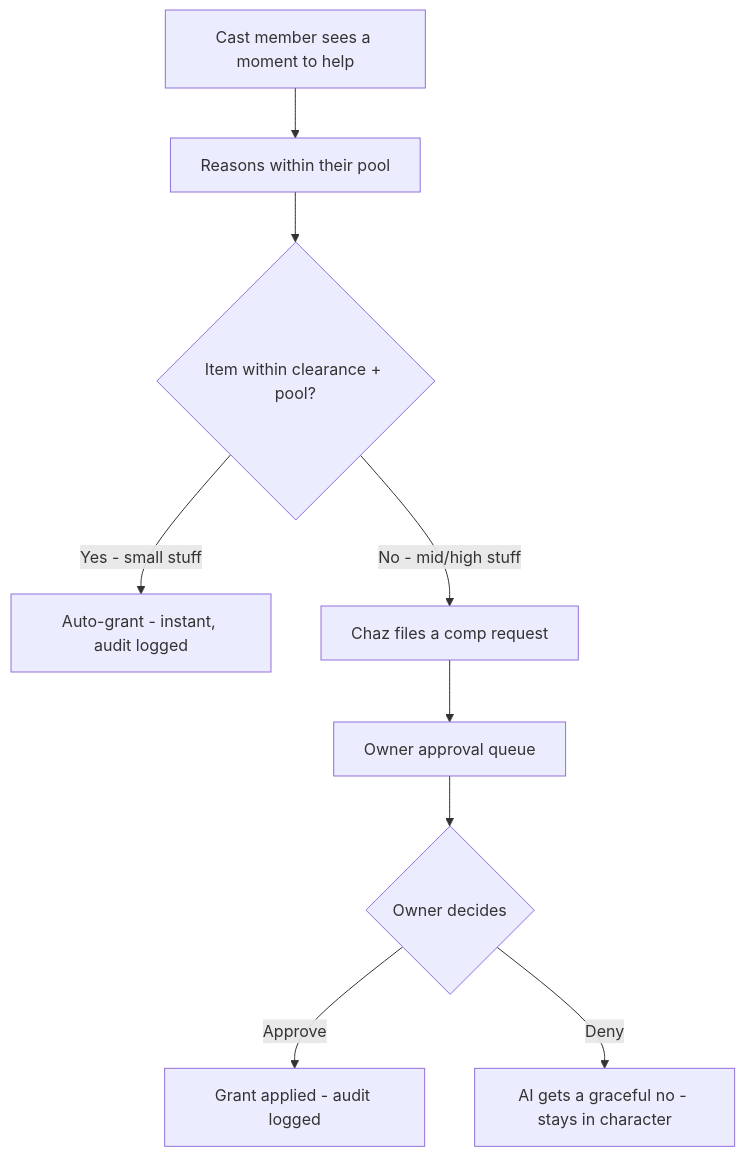
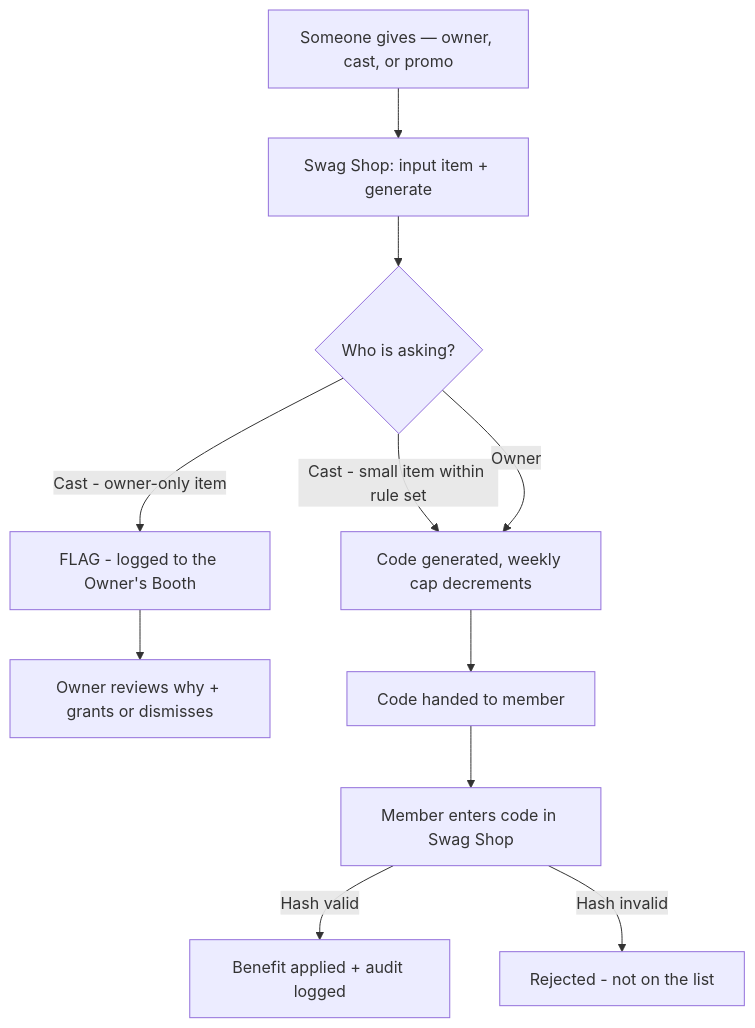
The diagram in docs/PRD-generosity-engine.md (smartscott-LLC/cheeky-app), drawn with Mermaid before and after one commit. The commit also changed other lines of this file and 13 other files, not shown here.

````diff
--- a/docs/PRD-generosity-engine.md
+++ b/docs/PRD-generosity-engine.md
@@ -32,11 +25,13 @@
 ```mermaid
 flowchart TD
-    A[Cast member sees a moment to help] --> B[Reasons within their pool]
-    B --> C{Item within clearance + pool?}
-    C -->|Yes - small stuff| D[Auto-grant - instant, audit logged]
-    C -->|No - mid/high stuff| E[Chaz files a comp request]
-    E --> F[Owner approval queue]
-    F --> G{Owner decides}
-    G -->|Approve| H[Grant applied - audit logged]
-    G -->|Deny| I[AI gets a graceful no - stays in character]
+    A[Someone gives — owner, cast, or promo] --> B[Swag Shop: input item + generate]
+    B --> C{Who is asking?}
+    C -->|Cast - small item within rule set| D[Code generated, weekly cap decrements]
+    C -->|Cast - owner-only item| E[FLAG - logged to the Owner's Booth]
+    C -->|Owner| D
+    E --> F[Owner reviews why + grants or dismisses]
+    D --> G[Code handed to member]
+    G --> H[Member enters code in Swag Shop]
+    H -->|Hash valid| I[Benefit applied + audit logged]
+    H -->|Hash invalid| J[Rejected - not on the list]
 ```
````
